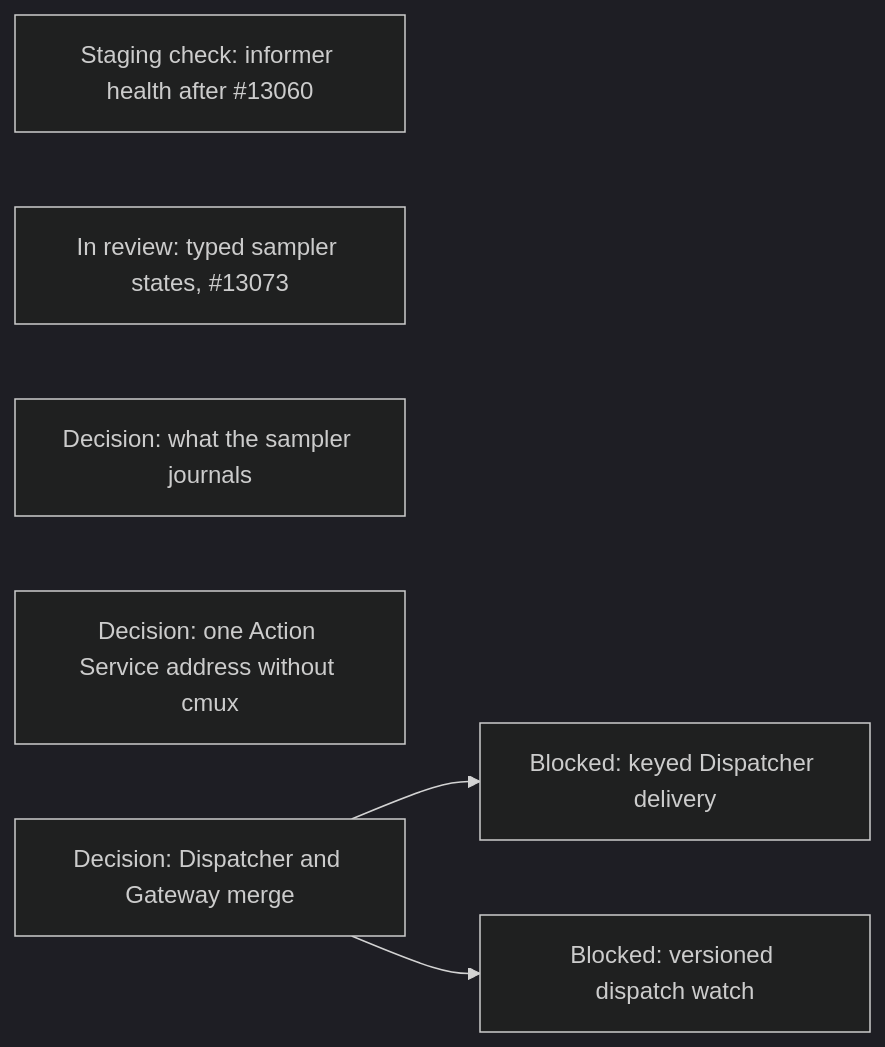
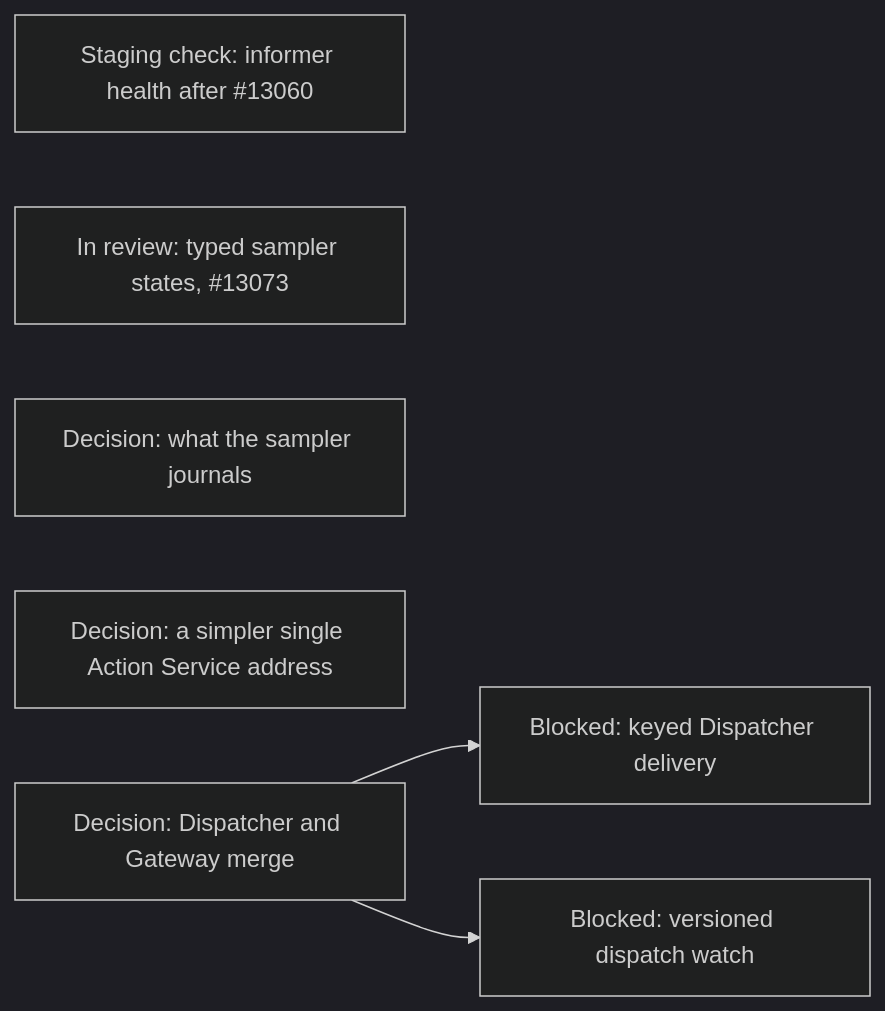
Diagram 18 of 18 in agentplane/plans/task_dag.md (agentydragon/ducktape), drawn with Mermaid (dark theme) before and after one commit. The commit also changed other lines of this file, not shown here.

Commit message:
agentplane/plans: the Action Service port decision is about complexity, not cmux

````diff
--- a/agentplane/plans/task_dag.md
+++ b/agentplane/plans/task_dag.md
@@ -1869,9 +1869,9 @@
 ```mermaid
 flowchart LR
     KUBERNETES_NATIVE_WATCH_HEALTH[Staging check: informer health after #13060]
     SAMPLER_TYPED_STATE[In review: typed sampler states, #13073]
     SAMPLER_JOURNAL_DIET[Decision: what the sampler journals]
-    ACTION_SERVICE_PORT_SHARING[Decision: one Action Service address without cmux]
+    ACTION_SERVICE_PORT_SHARING[Decision: a simpler single Action Service address]
     DISPATCHER_PERSISTENCE_MODEL_DESIGN[Decision: Dispatcher and Gateway merge] --> DISPATCHER_KEYED_DELIVERY[Blocked: keyed Dispatcher delivery]
     DISPATCHER_PERSISTENCE_MODEL_DESIGN --> DISPATCHER_WATCH_VERSIONS[Blocked: versioned dispatch watch]
 ```
````
